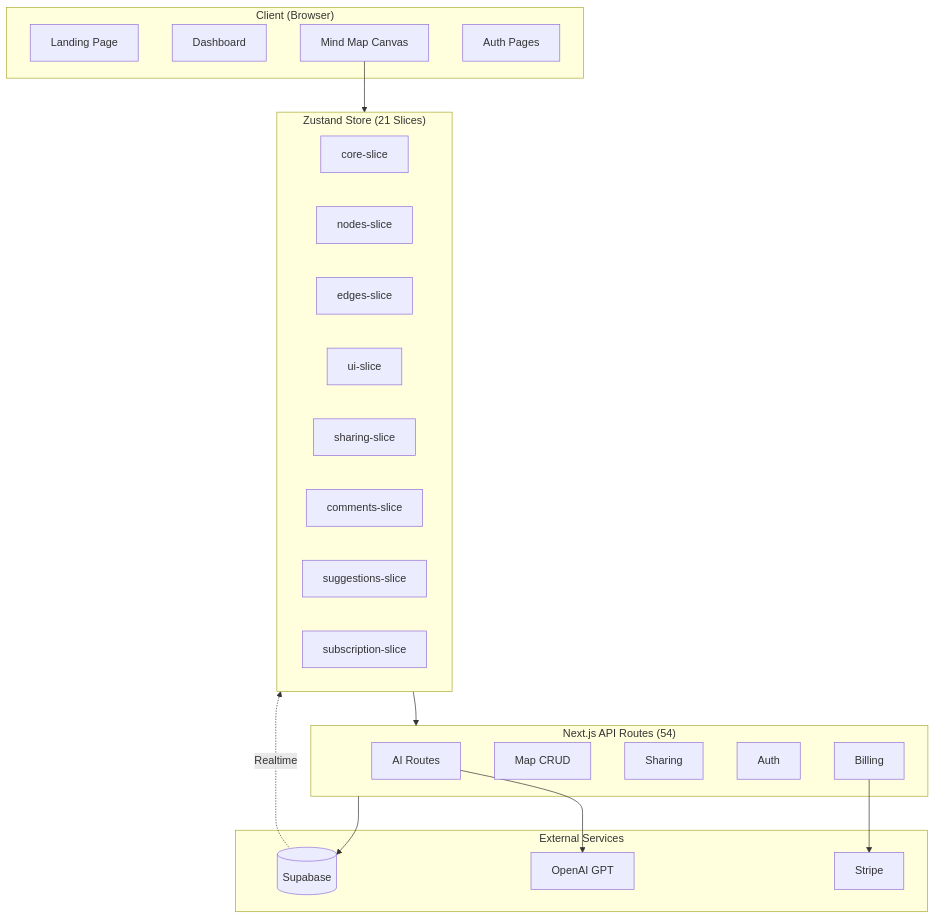
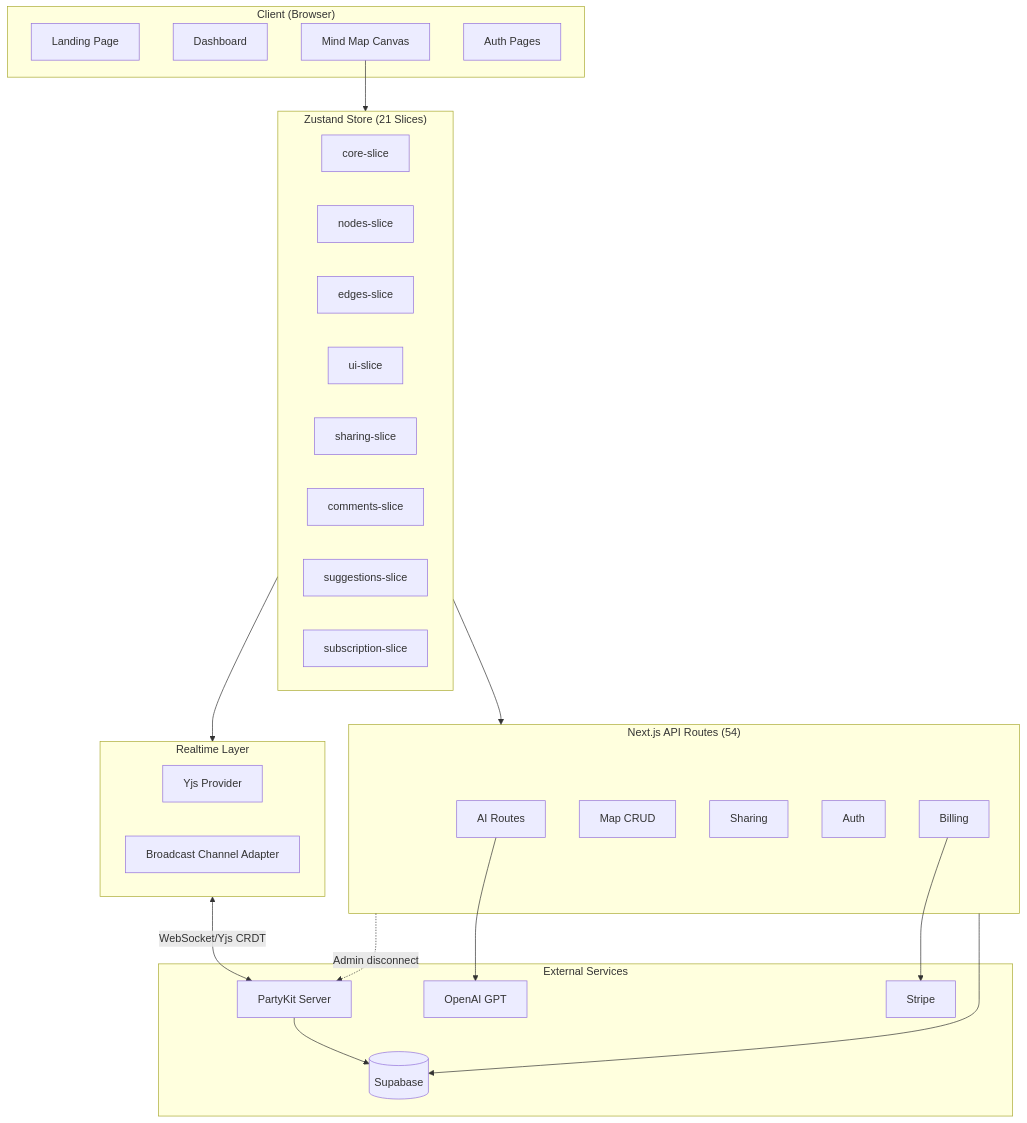
One commit to kudziajaroslaw98/moistus-ai changed the first of 4 diagrams in docs/CODEBASE_MAP.md. Above: the diagram before and after it, drawn with Mermaid. The commit also changed other lines of this file and 1 other file, not shown here.

First line of the commit message:
docs: update changelog and codebase map for PartyKit migration

````diff
--- a/docs/CODEBASE_MAP.md
+++ b/docs/CODEBASE_MAP.md
@@ -15,41 +15,50 @@
 ```mermaid
 graph TB
     subgraph Client["Client (Browser)"]
         Landing[Landing Page]
         Dashboard[Dashboard]
         Canvas[Mind Map Canvas]
         Auth[Auth Pages]
     end
 
     subgraph State["Zustand Store (21 Slices)"]
         Core[core-slice]
         Nodes[nodes-slice]
         Edges[edges-slice]
         UI[ui-slice]
         Sharing[sharing-slice]
         Comments[comments-slice]
         AI[suggestions-slice]
         Subs[subscription-slice]
     end
 
+    subgraph Realtime["Realtime Layer"]
+        YjsProvider[Yjs Provider]
+        BroadcastAdapter[Broadcast Channel Adapter]
+    end
+
     subgraph API["Next.js API Routes (54)"]
         AIRoutes[AI Routes]
         MapRoutes[Map CRUD]
         ShareRoutes[Sharing]
         AuthRoutes[Auth]
         BillingRoutes[Billing]
     end
 
     subgraph External["External Services"]
         Supabase[(Supabase)]
+        PartyKit[PartyKit Server]
         OpenAI[OpenAI GPT]
         Stripe[Stripe]
     end
 
     Canvas --> State
+    State --> Realtime
+    Realtime <-->|WebSocket/Yjs CRDT| PartyKit
+    PartyKit --> Supabase
     State --> API
     API --> Supabase
     AIRoutes --> OpenAI
     BillingRoutes --> Stripe
-    Supabase -.->|Realtime| State
+    API -.->|Admin disconnect| PartyKit
 ```
````
